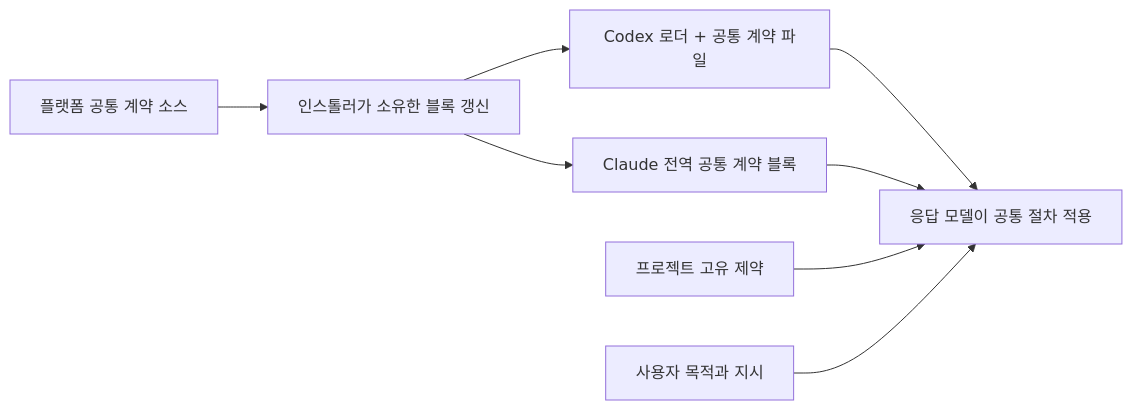
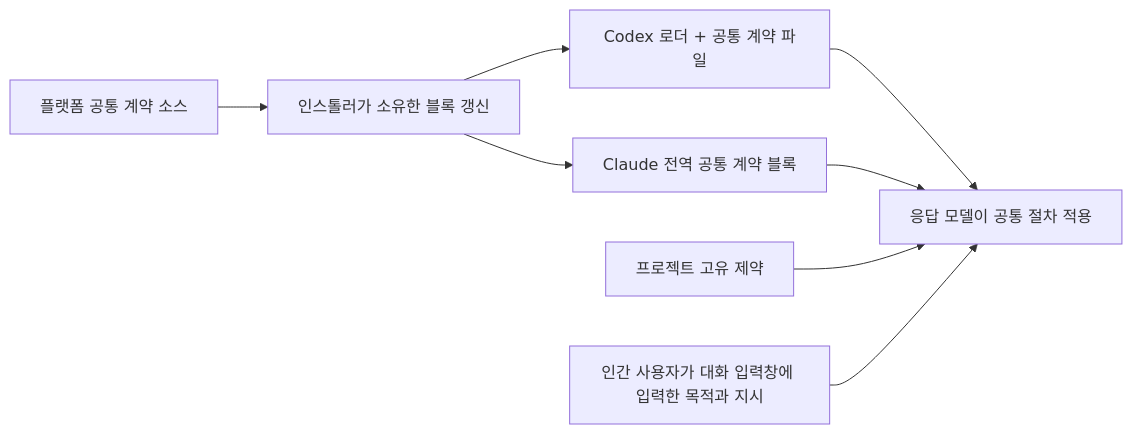
The diagram in docs/ko/getting-started/installation.md (AidALL/ghost-alice), drawn with Mermaid before and after one commit. The commit also changed other lines of this file and 221 other files, not shown here.

````diff
--- a/docs/ko/getting-started/installation.md
+++ b/docs/ko/getting-started/installation.md
@@ -257,10 +257,10 @@
 ```mermaid
 flowchart LR
     S["플랫폼 공통 계약 소스"] --> I["인스톨러가 소유한 블록 갱신"]
     I --> C["Codex 로더 + 공통 계약 파일"]
     I --> H["Claude 전역 공통 계약 블록"]
     C --> M["응답 모델이 공통 절차 적용"]
     H --> M
     P["프로젝트 고유 제약"] --> M
-    U["사용자 목적과 지시"] --> M
+    U["인간 사용자가 대화 입력창에 입력한 목적과 지시"] --> M
 ```
````
